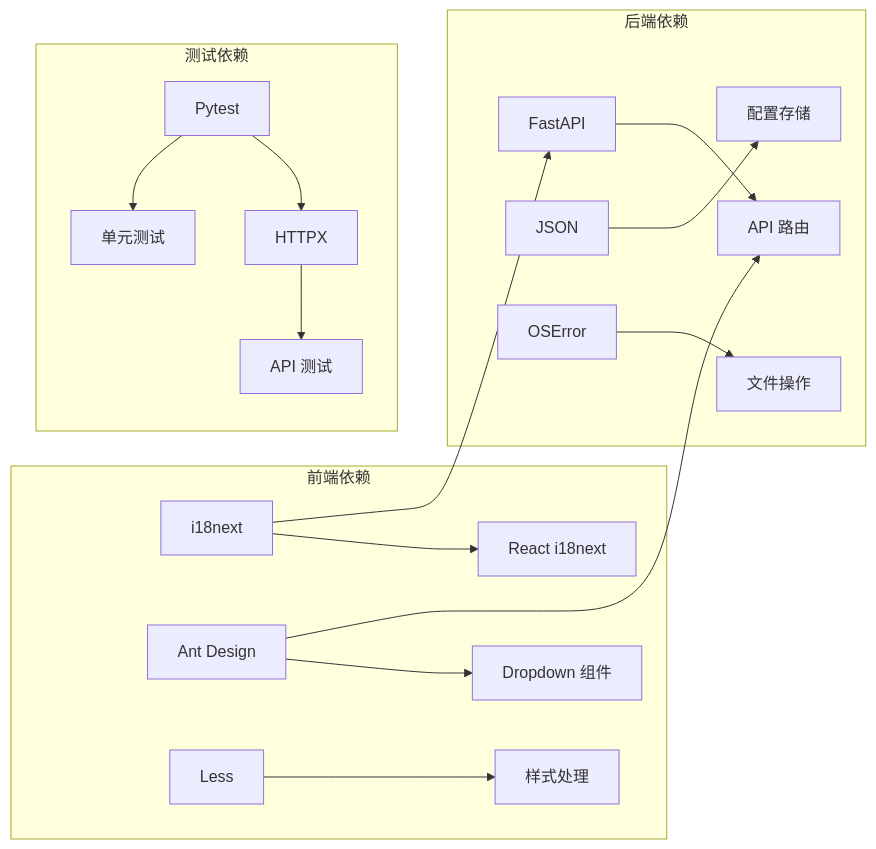
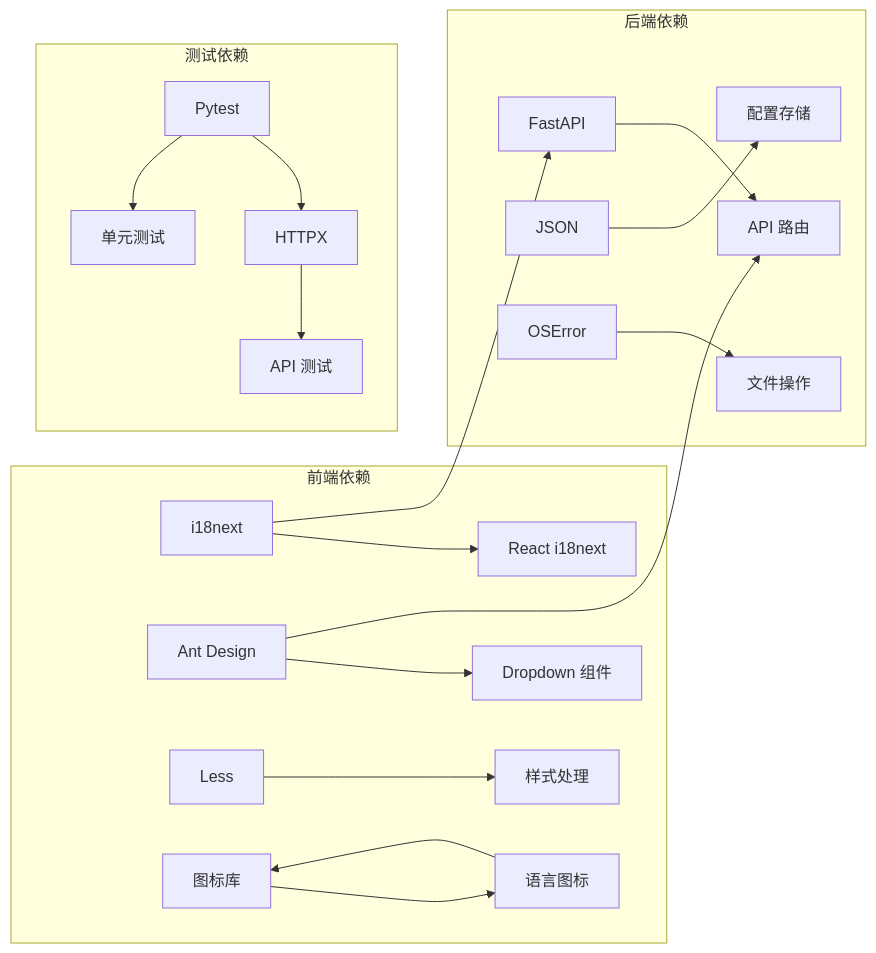
One commit to livehl/CoPaw changed the fourth of 4 diagrams in .qoder/repowiki/zh/content/前端控制台应用/国际化与本地化/增强的多语言支持.md. Above: the diagram before and after it, drawn with Mermaid. The commit also changed other lines of this file and 12 other files, not shown here.

````diff
--- a/.qoder/repowiki/zh/content/前端控制台应用/国际化与本地化/增强的多语言支持.md
+++ b/.qoder/repowiki/zh/content/前端控制台应用/国际化与本地化/增强的多语言支持.md
@@ -209,20 +238,22 @@
 ```mermaid
 graph LR
 subgraph "前端依赖"
 A[i18next] --> B[React i18next]
 C[Ant Design] --> D[Dropdown 组件]
 E[Less] --> F[样式处理]
+G[图标库] --> H[语言图标]
 end
 subgraph "后端依赖"
-G[FastAPI] --> H[API 路由]
-I[JSON] --> J[配置存储]
-K[OSError] --> L[文件操作]
+I[FastAPI] --> J[API 路由]
+K[JSON] --> L[配置存储]
+M[OSError] --> N[文件操作]
 end
 subgraph "测试依赖"
-M[Pytest] --> N[单元测试]
-O[HTTPX] --> P[API 测试]
+O[Pytest] --> P[单元测试]
+Q[HTTPX] --> R[API 测试]
 end
-A --> G
-C --> H
-M --> O
+A --> I
+C --> J
+O --> Q
+H --> G
 ```
````
